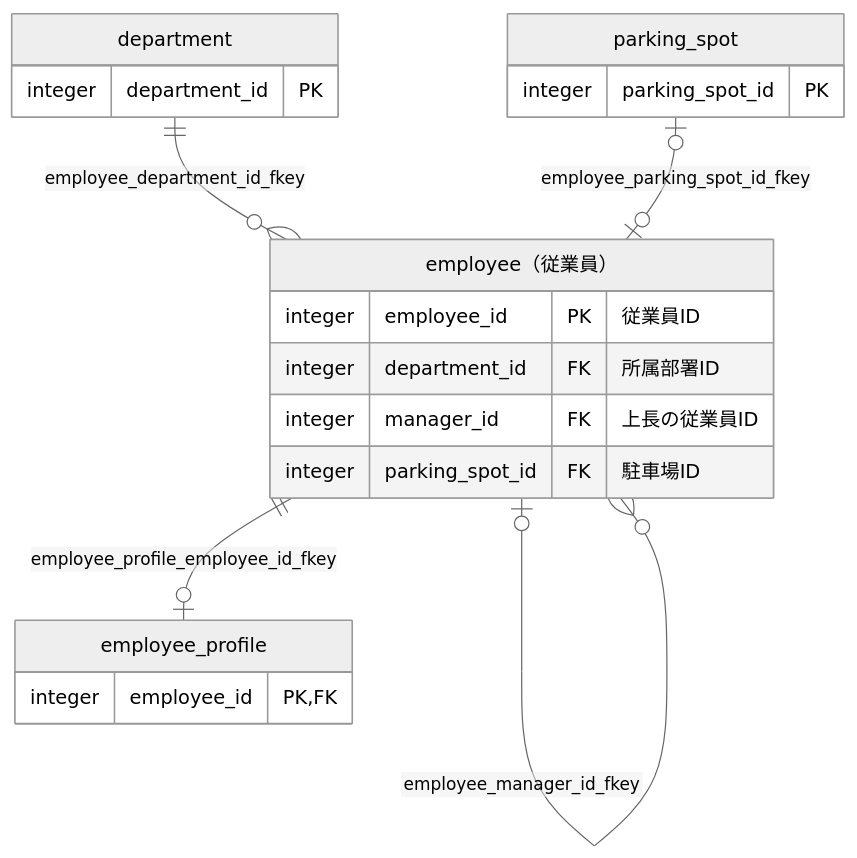
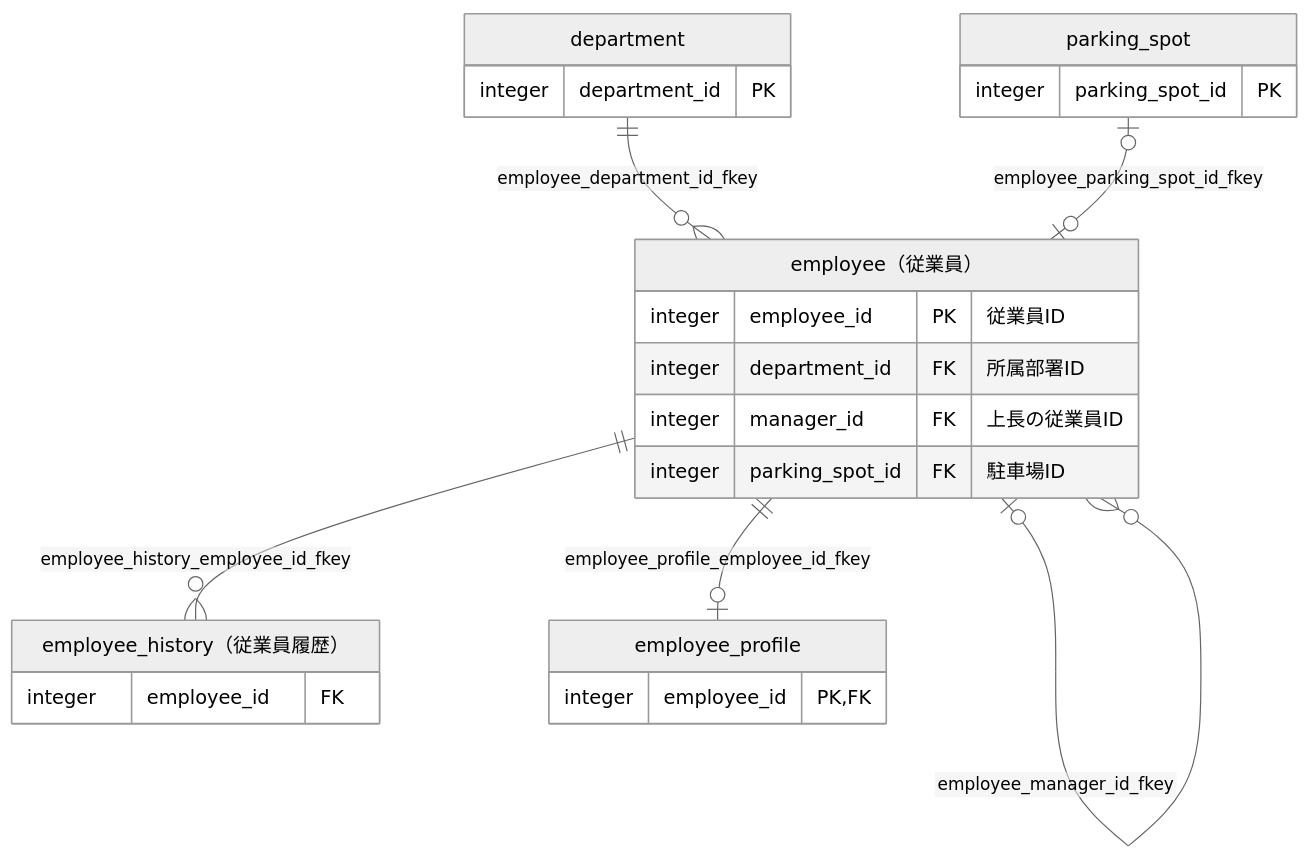
The diagram in docs/sample/postgres/output/testdb/viewpoint_testdb_personnel.md (ebichan88/dbxray), drawn with Mermaid (neutral theme) before and after one commit. The commit also changed other lines of this file and 20 other files, not shown here.

````diff
--- a/docs/sample/postgres/output/testdb/viewpoint_testdb_personnel.md
+++ b/docs/sample/postgres/output/testdb/viewpoint_testdb_personnel.md
@@ -16,26 +16,31 @@
 ```mermaid
 erDiagram
     sample_department["department"]
     sample_employee["employee（従業員）"]
+    sample_employee_history["employee_history（従業員履歴）"]
     sample_employee_profile["employee_profile"]
     sample_parking_spot["parking_spot"]
     sample_department ||--o{ sample_employee : "employee_department_id_fkey"
     sample_employee |o--o{ sample_employee : "employee_manager_id_fkey"
     sample_parking_spot |o--o| sample_employee : "employee_parking_spot_id_fkey"
+    sample_employee ||--o{ sample_employee_history : "employee_history_employee_id_fkey"
     sample_employee ||--o| sample_employee_profile : "employee_profile_employee_id_fkey"
     sample_department {
         integer department_id PK
     }
     sample_employee {
         integer employee_id PK "従業員ID"
         integer department_id FK "所属部署ID"
         integer manager_id FK "上長の従業員ID"
         integer parking_spot_id FK "駐車場ID"
     }
+    sample_employee_history {
+        integer employee_id FK
+    }
     sample_employee_profile {
         integer employee_id PK, FK
     }
     sample_parking_spot {
         integer parking_spot_id PK
     }
 ```
````
